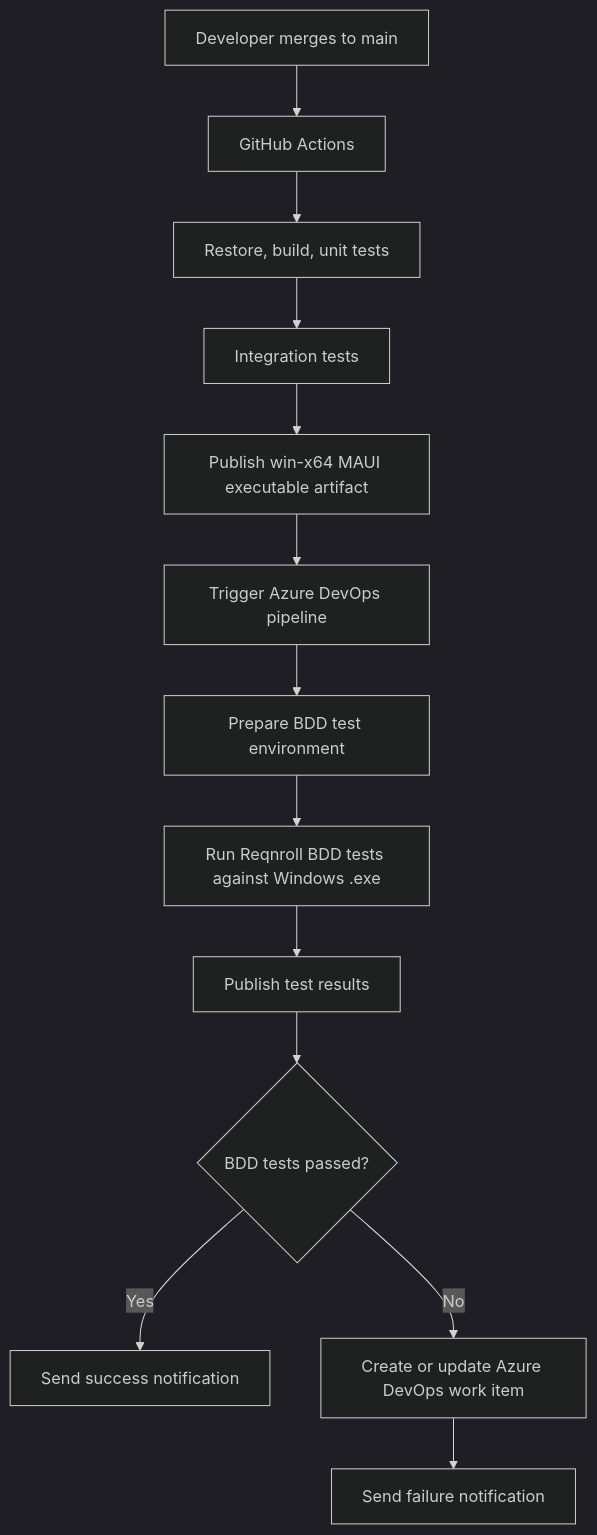
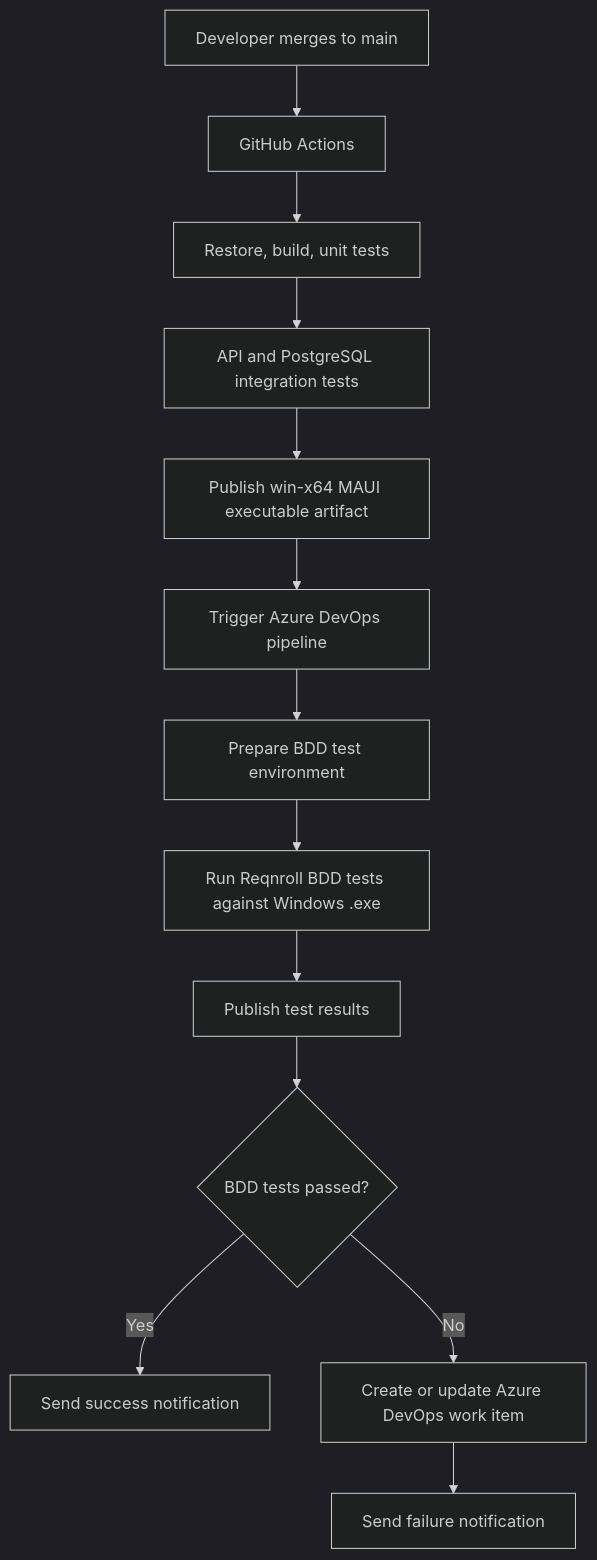
Before and after one commit to GokulaKrishnanRGK/dotnet-ado-test-automation-pipeline: the diagram in README.md, drawn with Mermaid (dark theme). The commit also changed other lines of this file, not shown here.

````diff
--- a/README.md
+++ b/README.md
@@ -9,15 +9,15 @@
 ```mermaid
 flowchart TD
     A["Developer merges to main"] --> B["GitHub Actions"]
     B --> C["Restore, build, unit tests"]
-    C --> D["Integration tests"]
+    C --> D["API and PostgreSQL integration tests"]
     D --> E["Publish win-x64 MAUI executable artifact"]
     E --> F["Trigger Azure DevOps pipeline"]
     F --> G["Prepare BDD test environment"]
     G --> H["Run Reqnroll BDD tests against Windows .exe"]
     H --> I["Publish test results"]
     I --> J{"BDD tests passed?"}
     J -- "Yes" --> K["Send success notification"]
     J -- "No" --> L["Create or update Azure DevOps work item"]
     L --> M["Send failure notification"]
 ```
````
